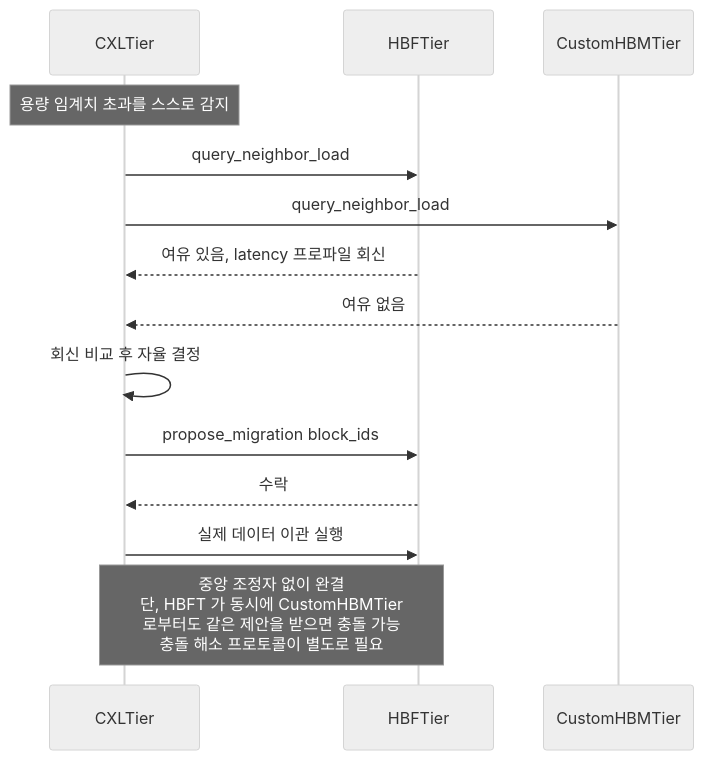
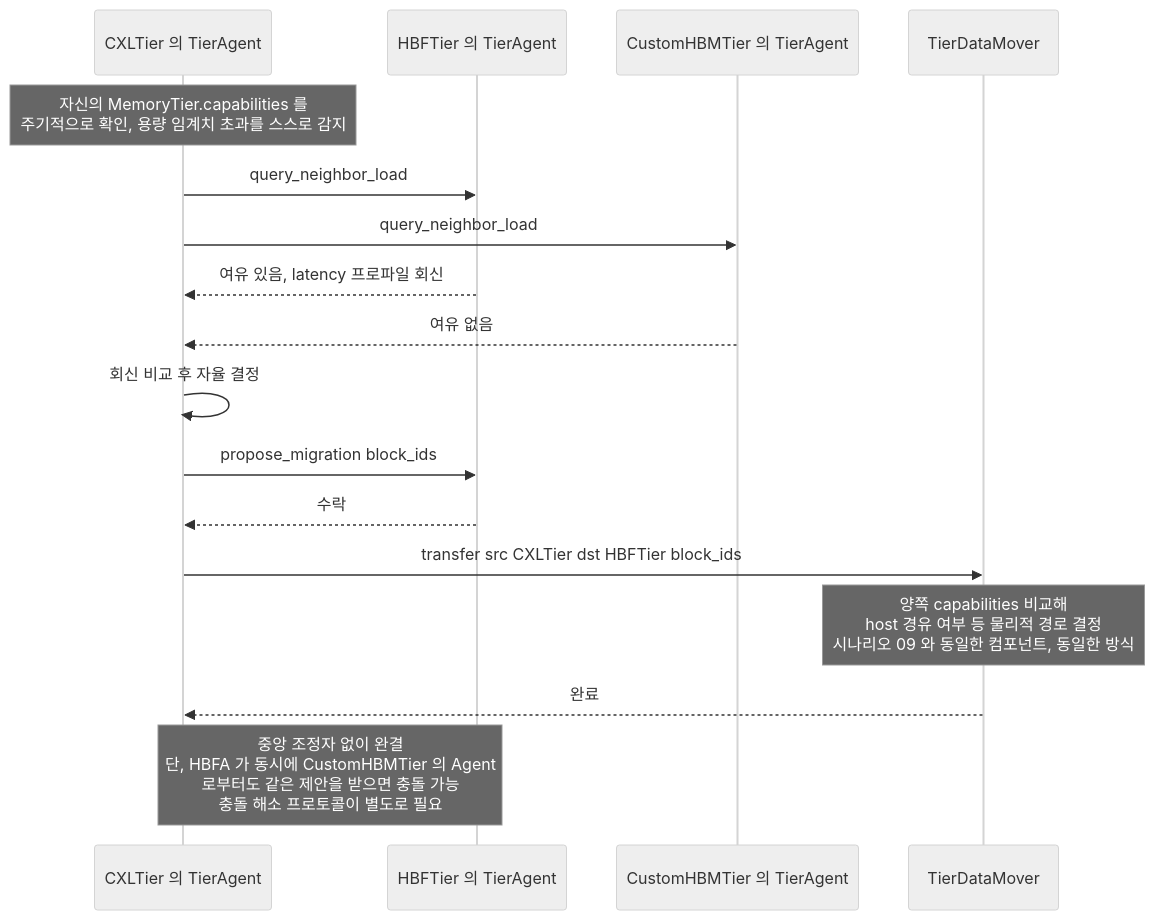
One commit to mkim0628/vllm changed the diagram in doc-mk/scenarios/10-dp2-candidateB-distributed-migration.md. Above: the diagram before and after it, drawn with Mermaid (neutral theme). The commit also changed other lines of this file and 2 other files, not shown here.

````diff
--- a/doc-mk/scenarios/10-dp2-candidateB-distributed-migration.md
+++ b/doc-mk/scenarios/10-dp2-candidateB-distributed-migration.md
@@ -22,18 +28,21 @@
 ```mermaid
 sequenceDiagram
-    participant CXLT as CXLTier
-    participant HBFT as HBFTier
-    participant CUSTOMT as CustomHBMTier
+    participant CXLA as CXLTier 의 TierAgent
+    participant HBFA as HBFTier 의 TierAgent
+    participant CUSTOMA as CustomHBMTier 의 TierAgent
+    participant MOVER as TierDataMover
 
-    Note over CXLT: 용량 임계치 초과를 스스로 감지
-    CXLT->>HBFT: query_neighbor_load
-    CXLT->>CUSTOMT: query_neighbor_load
-    HBFT-->>CXLT: 여유 있음, latency 프로파일 회신
-    CUSTOMT-->>CXLT: 여유 없음
-    CXLT->>CXLT: 회신 비교 후 자율 결정
-    CXLT->>HBFT: propose_migration block_ids
-    HBFT-->>CXLT: 수락
-    CXLT->>HBFT: 실제 데이터 이관 실행
+    Note over CXLA: 자신의 MemoryTier.capabilities 를<br/>주기적으로 확인, 용량 임계치 초과를 스스로 감지
+    CXLA->>HBFA: query_neighbor_load
+    CXLA->>CUSTOMA: query_neighbor_load
+    HBFA-->>CXLA: 여유 있음, latency 프로파일 회신
+    CUSTOMA-->>CXLA: 여유 없음
+    CXLA->>CXLA: 회신 비교 후 자율 결정
+    CXLA->>HBFA: propose_migration block_ids
+    HBFA-->>CXLA: 수락
+    CXLA->>MOVER: transfer src CXLTier dst HBFTier block_ids
+    Note over MOVER: 양쪽 capabilities 비교해<br/>host 경유 여부 등 물리적 경로 결정<br/>시나리오 09 와 동일한 컴포넌트, 동일한 방식
+    MOVER-->>CXLA: 완료
 
-    Note over CXLT,HBFT: 중앙 조정자 없이 완결<br/>단, HBFT 가 동시에 CustomHBMTier<br/>로부터도 같은 제안을 받으면 충돌 가능<br/>충돌 해소 프로토콜이 별도로 필요
+    Note over CXLA,HBFA: 중앙 조정자 없이 완결<br/>단, HBFA 가 동시에 CustomHBMTier 의 Agent<br/>로부터도 같은 제안을 받으면 충돌 가능<br/>충돌 해소 프로토콜이 별도로 필요
 ```
````
